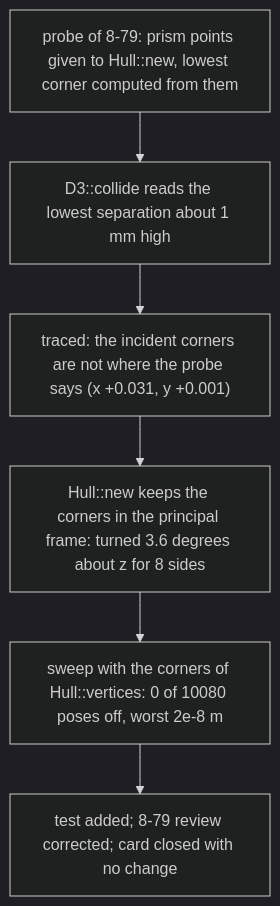
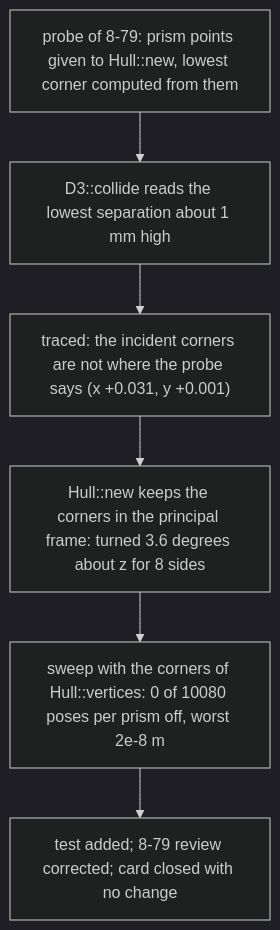
Before and after one commit to giamat90/DuckEngine: the diagram in reviews/9-5.md, drawn with Mermaid (dark theme). The commit also changed other lines of this file and 2 other files, not shown here.

````diff
--- a/reviews/9-5.md
+++ b/reviews/9-5.md
@@ -5,8 +5,8 @@
 ```mermaid
 flowchart TD
   P["probe of 8-79: prism points given to Hull::new, lowest corner computed from them"] --> X["D3::collide reads the lowest separation about 1 mm high"]
   X --> T["traced: the incident corners are not where the probe says (x +0.031, y +0.001)"]
   T --> H["Hull::new keeps the corners in the principal frame: turned 3.6 degrees about z for 8 sides"]
-  H --> C["sweep with the corners of Hull::vertices: 0 of 10080 poses off, worst 2e-8 m"]
+  H --> C["sweep with the corners of Hull::vertices: 0 of 10080 poses per prism off, worst 2e-8 m"]
   C --> W["test added; 8-79 review corrected; card closed with no change"]
 ```
````
